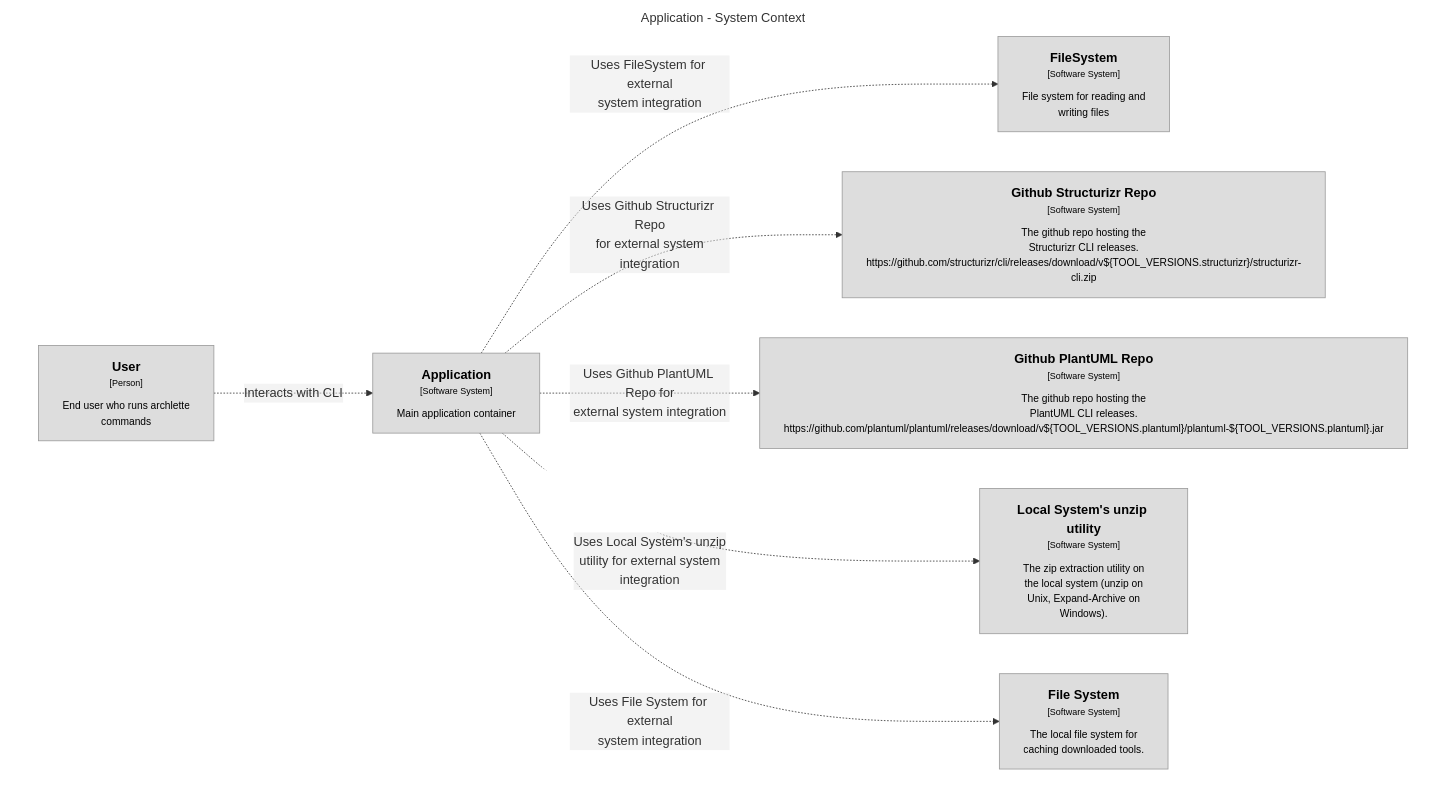
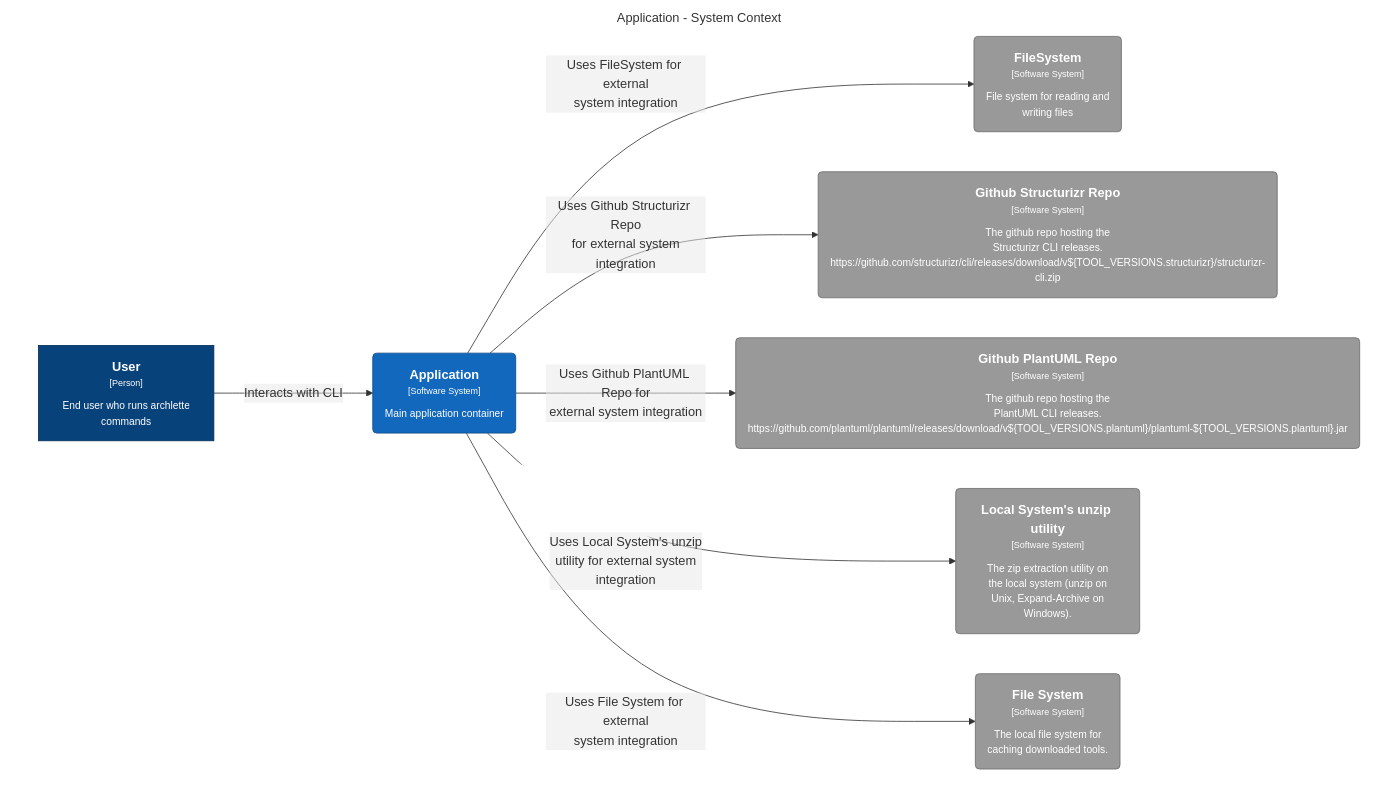
One commit to chrislyons-dev/archlette changed the diagram in docs/architecture/diagrams/mermaid/structurizr-SystemContext.mmd. Above: the diagram before and after it, drawn with Mermaid. The commit also changed 187 other files, not shown here.

```diff
--- a/docs/architecture/diagrams/mermaid/structurizr-SystemContext.mmd
+++ b/docs/architecture/diagrams/mermaid/structurizr-SystemContext.mmd
@@ -1,28 +1,28 @@
 graph TB
   linkStyle default fill:#ffffff
 
   subgraph diagram ["Application - System Context"]
     style diagram fill:#ffffff,stroke:#ffffff
 
     1["<div style='font-weight: bold'>User</div><div style='font-size: 70%; margin-top: 0px'>[Person]</div><div style='font-size: 80%; margin-top:10px'>End user who runs archlette<br />commands</div>"]
-    style 1 fill:#dddddd,stroke:#9a9a9a,color:#000000
-    2["<div style='font-weight: bold'>FileSystem</div><div style='font-size: 70%; margin-top: 0px'>[Software System]</div><div style='font-size: 80%; margin-top:10px'>File system for reading and<br />writing files</div>"]
-    style 2 fill:#dddddd,stroke:#9a9a9a,color:#000000
-    3["<div style='font-weight: bold'>Github Structurizr Repo</div><div style='font-size: 70%; margin-top: 0px'>[Software System]</div><div style='font-size: 80%; margin-top:10px'>The github repo hosting the<br />Structurizr CLI releases.<br />https://github.com/structurizr/cli/releases/download/v${TOOL_VERSIONS.structurizr}/structurizr-cli.zip</div>"]
-    style 3 fill:#dddddd,stroke:#9a9a9a,color:#000000
-    4["<div style='font-weight: bold'>Github PlantUML Repo</div><div style='font-size: 70%; margin-top: 0px'>[Software System]</div><div style='font-size: 80%; margin-top:10px'>The github repo hosting the<br />PlantUML CLI releases.<br />https://github.com/plantuml/plantuml/releases/download/v${TOOL_VERSIONS.plantuml}/plantuml-${TOOL_VERSIONS.plantuml}.jar</div>"]
-    style 4 fill:#dddddd,stroke:#9a9a9a,color:#000000
-    5["<div style='font-weight: bold'>Local System's unzip utility</div><div style='font-size: 70%; margin-top: 0px'>[Software System]</div><div style='font-size: 80%; margin-top:10px'>The zip extraction utility on<br />the local system (unzip on<br />Unix, Expand-Archive on<br />Windows).</div>"]
-    style 5 fill:#dddddd,stroke:#9a9a9a,color:#000000
-    6["<div style='font-weight: bold'>File System</div><div style='font-size: 70%; margin-top: 0px'>[Software System]</div><div style='font-size: 80%; margin-top:10px'>The local file system for<br />caching downloaded tools.</div>"]
-    style 6 fill:#dddddd,stroke:#9a9a9a,color:#000000
-    7["<div style='font-weight: bold'>Application</div><div style='font-size: 70%; margin-top: 0px'>[Software System]</div><div style='font-size: 80%; margin-top:10px'>Main application container</div>"]
-    style 7 fill:#dddddd,stroke:#9a9a9a,color:#000000
+    style 1 fill:#08427b,stroke:#052e56,color:#ffffff
+    2("<div style='font-weight: bold'>FileSystem</div><div style='font-size: 70%; margin-top: 0px'>[Software System]</div><div style='font-size: 80%; margin-top:10px'>File system for reading and<br />writing files</div>")
+    style 2 fill:#999999,stroke:#6b6b6b,color:#ffffff
+    3("<div style='font-weight: bold'>Github Structurizr Repo</div><div style='font-size: 70%; margin-top: 0px'>[Software System]</div><div style='font-size: 80%; margin-top:10px'>The github repo hosting the<br />Structurizr CLI releases.<br />https://github.com/structurizr/cli/releases/download/v${TOOL_VERSIONS.structurizr}/structurizr-cli.zip</div>")
+    style 3 fill:#999999,stroke:#6b6b6b,color:#ffffff
+    4("<div style='font-weight: bold'>Github PlantUML Repo</div><div style='font-size: 70%; margin-top: 0px'>[Software System]</div><div style='font-size: 80%; margin-top:10px'>The github repo hosting the<br />PlantUML CLI releases.<br />https://github.com/plantuml/plantuml/releases/download/v${TOOL_VERSIONS.plantuml}/plantuml-${TOOL_VERSIONS.plantuml}.jar</div>")
+    style 4 fill:#999999,stroke:#6b6b6b,color:#ffffff
+    5("<div style='font-weight: bold'>Local System's unzip utility</div><div style='font-size: 70%; margin-top: 0px'>[Software System]</div><div style='font-size: 80%; margin-top:10px'>The zip extraction utility on<br />the local system (unzip on<br />Unix, Expand-Archive on<br />Windows).</div>")
+    style 5 fill:#999999,stroke:#6b6b6b,color:#ffffff
+    6("<div style='font-weight: bold'>File System</div><div style='font-size: 70%; margin-top: 0px'>[Software System]</div><div style='font-size: 80%; margin-top:10px'>The local file system for<br />caching downloaded tools.</div>")
+    style 6 fill:#999999,stroke:#6b6b6b,color:#ffffff
+    7("<div style='font-weight: bold'>Application</div><div style='font-size: 70%; margin-top: 0px'>[Software System]</div><div style='font-size: 80%; margin-top:10px'>Main application container</div>")
+    style 7 fill:#1168bd,stroke:#0b4884,color:#ffffff
 
-    7-. "<div>Uses Github PlantUML Repo for<br />external system integration</div><div style='font-size: 70%'></div>" .->4
-    7-. "<div>Uses Local System's unzip<br />utility for external system<br />integration</div><div style='font-size: 70%'></div>" .->5
-    7-. "<div>Uses File System for external<br />system integration</div><div style='font-size: 70%'></div>" .->6
-    1-. "<div>Interacts with CLI</div><div style='font-size: 70%'></div>" .->7
-    7-. "<div>Uses FileSystem for external<br />system integration</div><div style='font-size: 70%'></div>" .->2
-    7-. "<div>Uses Github Structurizr Repo<br />for external system<br />integration</div><div style='font-size: 70%'></div>" .->3
+    1-- "<div>Interacts with CLI</div><div style='font-size: 70%'></div>" -->7
+    7-- "<div>Uses FileSystem for external<br />system integration</div><div style='font-size: 70%'></div>" -->2
+    7-- "<div>Uses Github Structurizr Repo<br />for external system<br />integration</div><div style='font-size: 70%'></div>" -->3
+    7-- "<div>Uses Github PlantUML Repo for<br />external system integration</div><div style='font-size: 70%'></div>" -->4
+    7-- "<div>Uses Local System's unzip<br />utility for external system<br />integration</div><div style='font-size: 70%'></div>" -->5
+    7-- "<div>Uses File System for external<br />system integration</div><div style='font-size: 70%'></div>" -->6
   end
```
